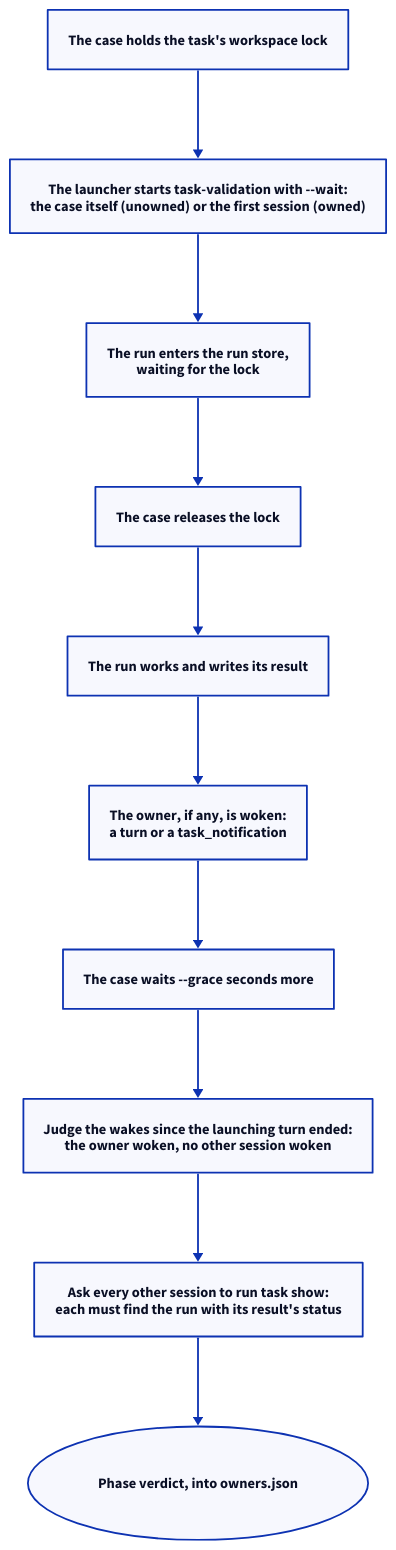
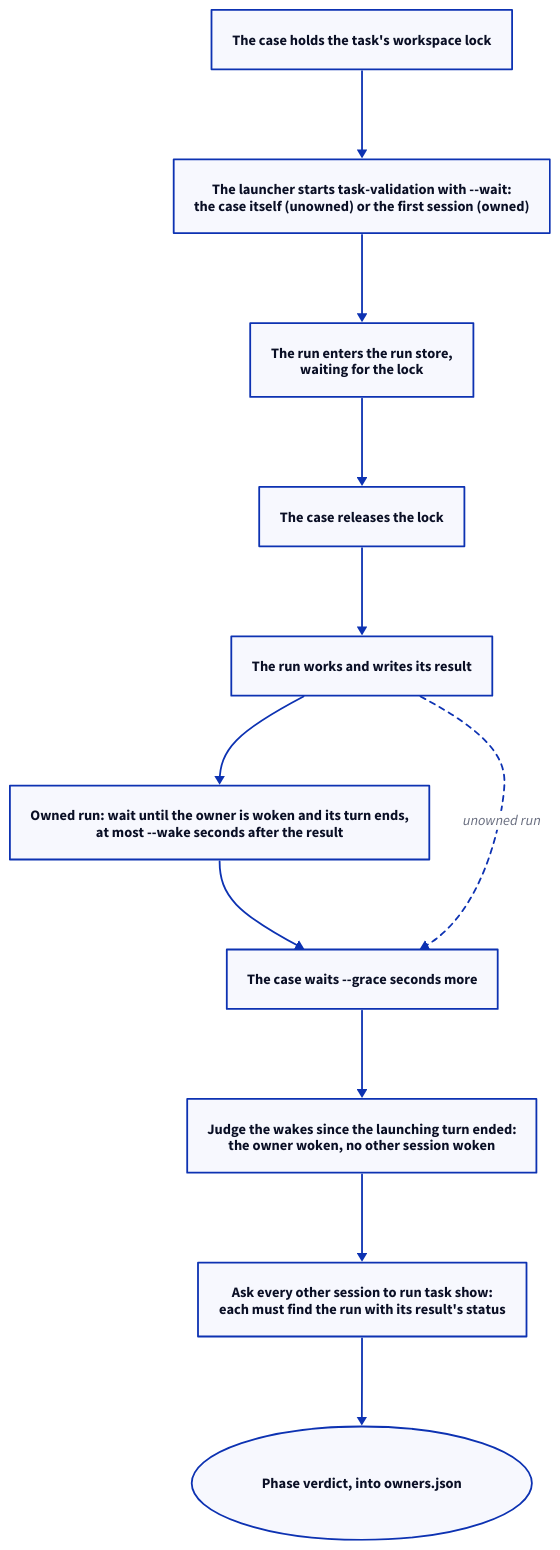
The third of 3 diagrams in specs/concorde/e2e/module.md (FTOD/concorde), drawn with D2 before and after one commit. The commit also changed other lines of this file and 9 other files, not shown here.

First line of the commit message:
E2E and Dogfood scenarios: bounded owner-wake window, atomic scenarios and requirements

````diff
--- a/specs/concorde/e2e/module.md
+++ b/specs/concorde/e2e/module.md
@@ -298,14 +303,15 @@
 ```d2 illustrative
 direction: down
 hold: "The case holds the task's workspace lock"
 start: "The launcher starts task-validation with --wait:\nthe case itself (unowned) or the first session (owned)"
 store: "The run enters the run store,\nwaiting for the lock"
 release: "The case releases the lock"
 result: "The run works and writes its result"
-wake: "The owner, if any, is woken:\na turn or a task_notification"
+wake: "Owned run: wait until the owner is woken and its turn ends,\nat most --wake seconds after the result"
 grace: "The case waits --grace seconds more"
 judge: "Judge the wakes since the launching turn ended:\nthe owner woken, no other session woken"
 ask: "Ask every other session to run task show:\neach must find the run with its result's status"
 verdict: "Phase verdict, into owners.json" {shape: oval}
 hold -> start -> store -> release -> result -> wake -> grace -> judge -> ask -> verdict
+result -> grace: "unowned run" {style.stroke-dash: 3}
 ```
````
